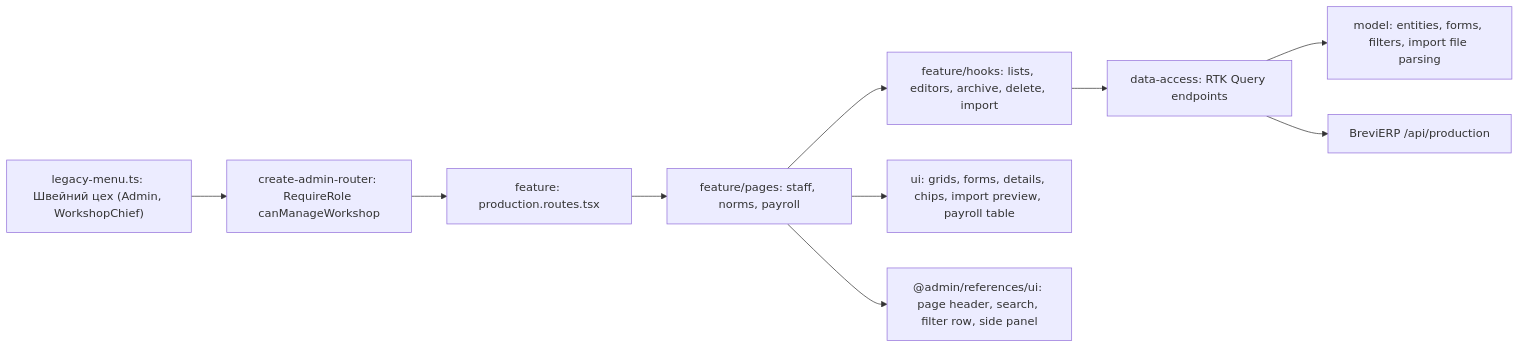
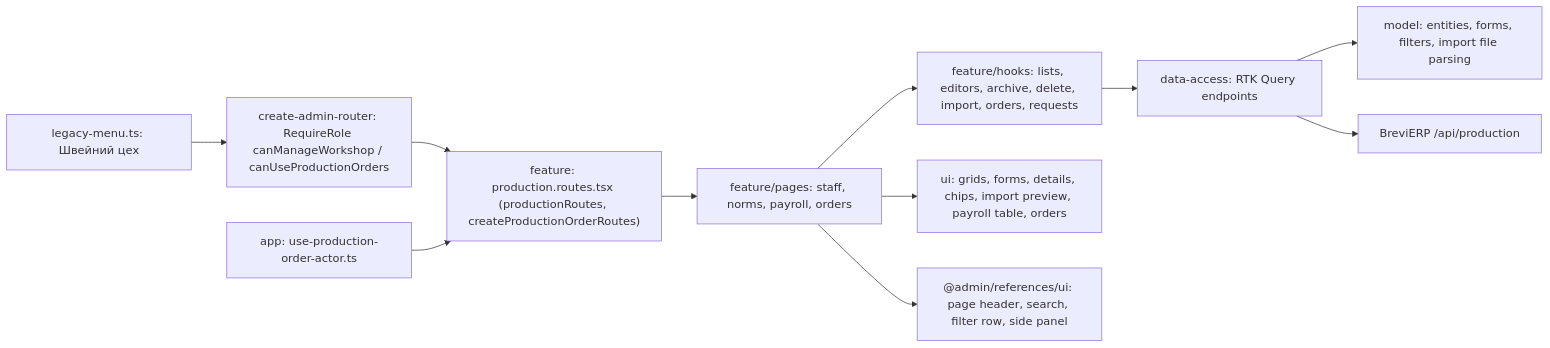
One commit to Weretik/brevi-web changed the diagram in docs/features/admin/production.md. Above: the diagram before and after it, drawn with Mermaid. The commit also changed other lines of this file and 60 other files, not shown here.

First line of the commit message:
Admin: «Виробничі завдання» from sent КП (stage 2 of «Швейний цех»)

````diff
--- a/docs/features/admin/production.md
+++ b/docs/features/admin/production.md
@@ -9,12 +11,13 @@
 ```mermaid
 flowchart LR
-  Menu["legacy-menu.ts: Швейний цех (Admin, WorkshopChief)"] --> Router["create-admin-router: RequireRole canManageWorkshop"]
-  Router --> Routes["feature: production.routes.tsx"]
-  Routes --> Pages["feature/pages: staff, norms, payroll"]
-  Pages --> Hooks["feature/hooks: lists, editors, archive, delete, import"]
-  Pages --> UI["ui: grids, forms, details, chips, import preview, payroll table"]
+  Menu["legacy-menu.ts: Швейний цех"] --> Router["create-admin-router: RequireRole canManageWorkshop / canUseProductionOrders"]
+  Router --> Routes["feature: production.routes.tsx (productionRoutes, createProductionOrderRoutes)"]
+  Actor["app: use-production-order-actor.ts"] --> Routes
+  Routes --> Pages["feature/pages: staff, norms, payroll, orders"]
+  Pages --> Hooks["feature/hooks: lists, editors, archive, delete, import, orders, requests"]
+  Pages --> UI["ui: grids, forms, details, chips, import preview, payroll table, orders"]
   Pages --> RefUI["@admin/references/ui: page header, search, filter row, side panel"]
   Hooks --> DataAccess["data-access: RTK Query endpoints"]
   DataAccess --> Model["model: entities, forms, filters, import file parsing"]
   DataAccess --> API["BreviERP /api/production"]
 ```
````
